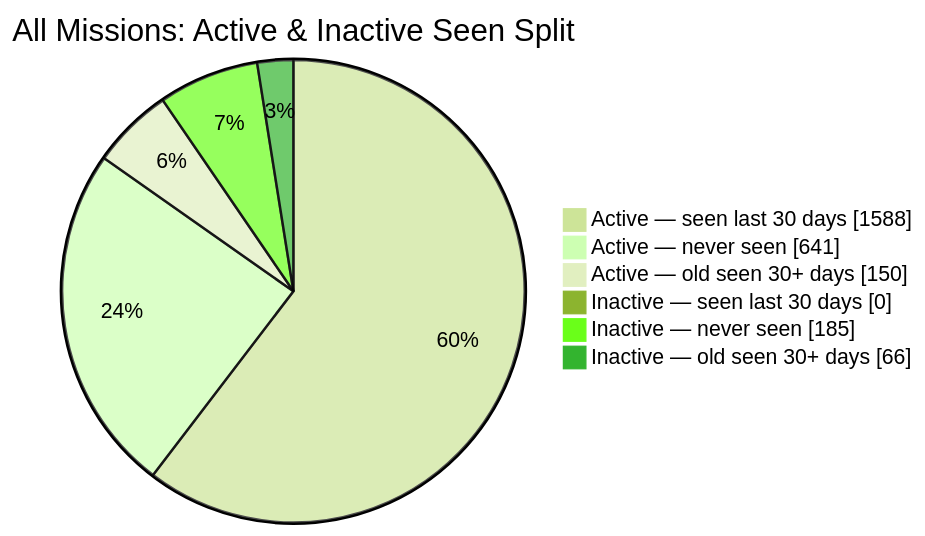
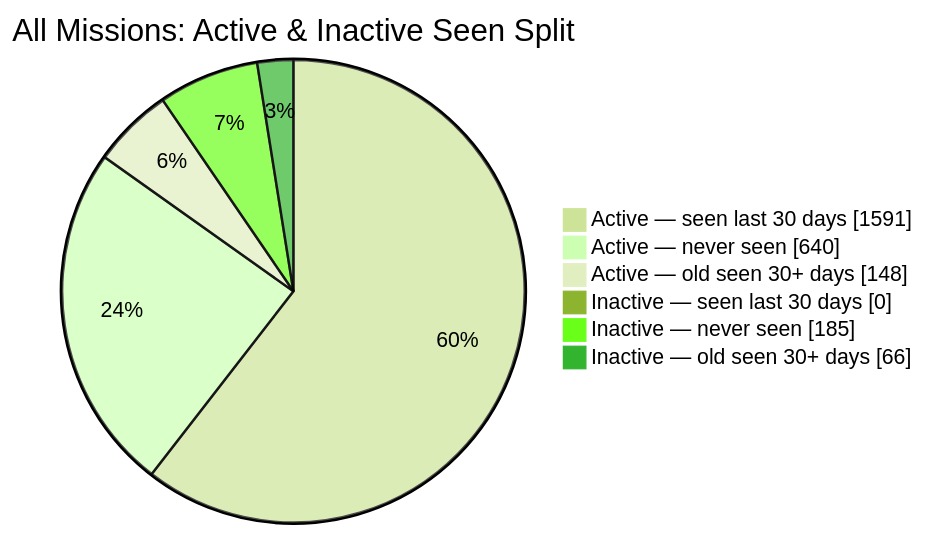
The second of 2 diagrams in README.md (MeldkamerspelGameTeam/active-missions), drawn with Mermaid (forest theme) before and after one commit. The commit also changed other lines of this file and 4 other files, not shown here.

````diff
--- a/README.md
+++ b/README.md
@@ -44,10 +44,10 @@
 ```mermaid
 pie showData
     title All Missions: Active & Inactive Seen Split
-    "Active — seen last 30 days" : 1588
-    "Active — never seen" : 641
-    "Active — old seen 30+ days" : 150
+    "Active — seen last 30 days" : 1591
+    "Active — never seen" : 640
+    "Active — old seen 30+ days" : 148
     "Inactive — seen last 30 days" : 0
     "Inactive — never seen" : 185
     "Inactive — old seen 30+ days" : 66
 ```
````
